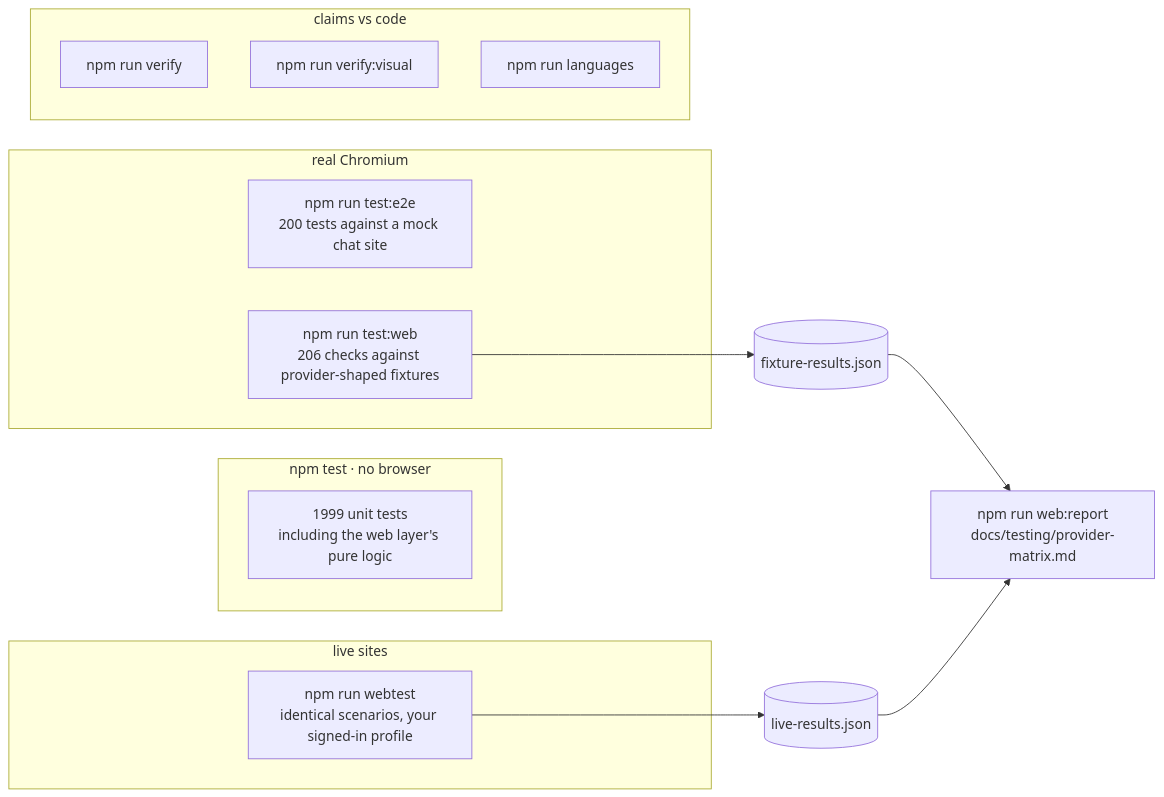
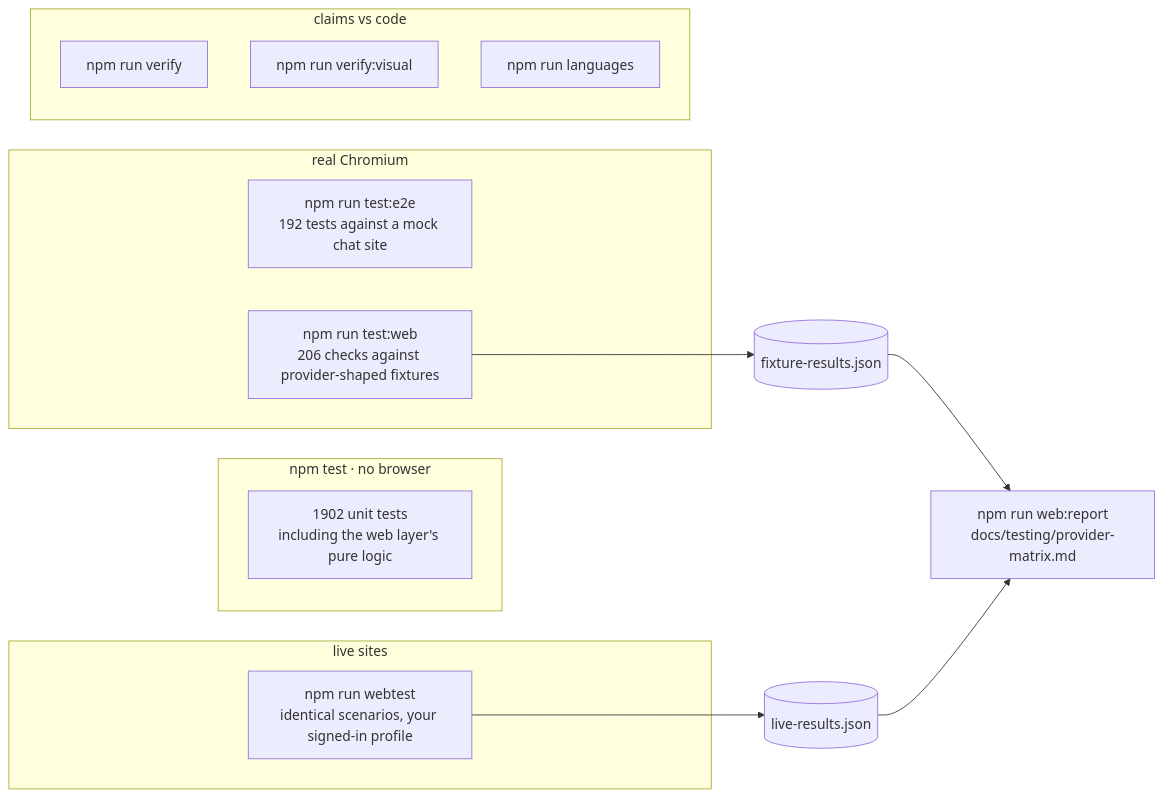
Before and after one commit to siddarth1872004/CloseNI: the eighth of 9 diagrams in README.md, drawn with Mermaid. The commit also changed other lines of this file and 37 other files, not shown here.

````diff
--- a/README.md
+++ b/README.md
@@ -593,21 +592,21 @@
 ```mermaid
 flowchart LR
     subgraph unit["npm test · no browser"]
-        U1["1999 unit tests<br/>including the web layer's pure logic"]
+        U1["1902 unit tests<br/>including the web layer's pure logic"]
     end
     subgraph browser["real Chromium"]
-        E2E["npm run test:e2e<br/>200 tests against a mock chat site"]
+        E2E["npm run test:e2e<br/>192 tests against a mock chat site"]
         WEB["npm run test:web<br/>206 checks against provider-shaped fixtures"]
     end
     subgraph live["live sites"]
         WT["npm run webtest<br/>identical scenarios, your signed-in profile"]
     end
     subgraph meta["claims vs code"]
         VF["npm run verify"]
         VV["npm run verify:visual"]
         LG["npm run languages"]
     end
     WEB --> FR[("fixture-results.json")]
     WT --> LR[("live-results.json")]
     FR & LR --> REP["npm run web:report<br/>docs/testing/provider-matrix.md"]
 ```
````
